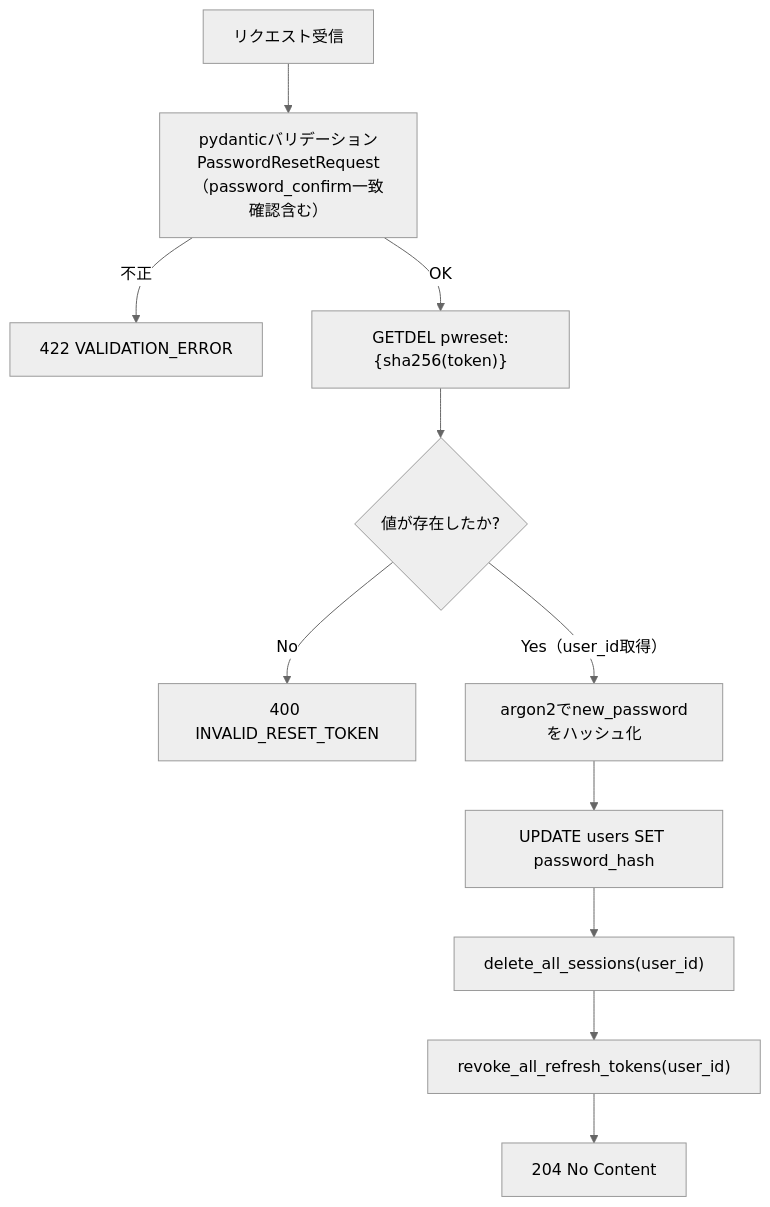
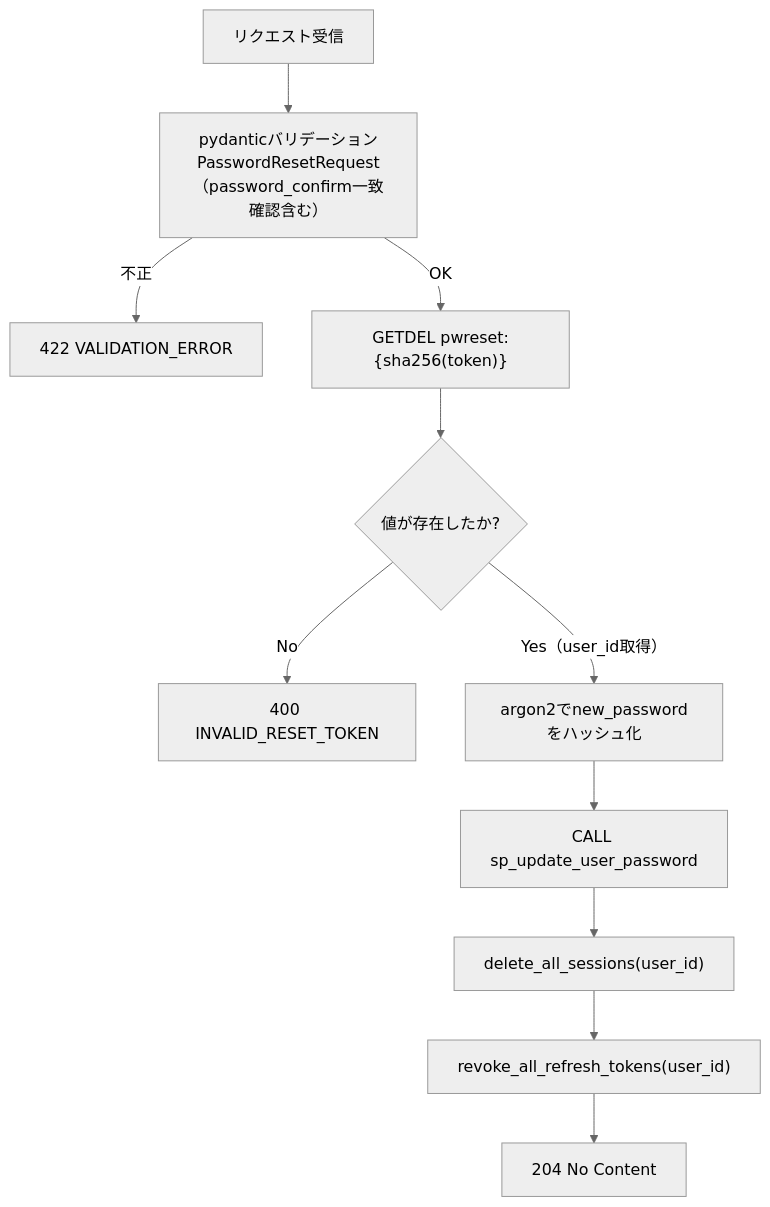
One commit to oikawa-d/task_management changed the second of 4 diagrams in detailed_design/api/auth/10_post_auth_password_reset.md. Above: the diagram before and after it, drawn with Mermaid (neutral theme). The commit also changed other lines of this file and 58 other files, not shown here.

````diff
--- a/detailed_design/api/auth/10_post_auth_password_reset.md
+++ b/detailed_design/api/auth/10_post_auth_password_reset.md
@@ -124,13 +124,13 @@
 ```mermaid
 flowchart TB
     A["リクエスト受信"] --> B["pydanticバリデーション<br/>PasswordResetRequest<br/>（password_confirm一致確認含む）"]
     B -->|"不正"| E1["422 VALIDATION_ERROR"]
     B -->|"OK"| C["GETDEL pwreset:{sha256(token)}"]
     C --> D{"値が存在したか?"}
     D -->|"No"| E2["400 INVALID_RESET_TOKEN"]
     D -->|"Yes（user_id取得）"| F["argon2でnew_passwordをハッシュ化"]
-    F --> G["UPDATE users SET password_hash"]
+    F --> G["CALL sp_update_user_password"]
     G --> H["delete_all_sessions(user_id)"]
     H --> I["revoke_all_refresh_tokens(user_id)"]
     I --> J["204 No Content"]
 ```
````
